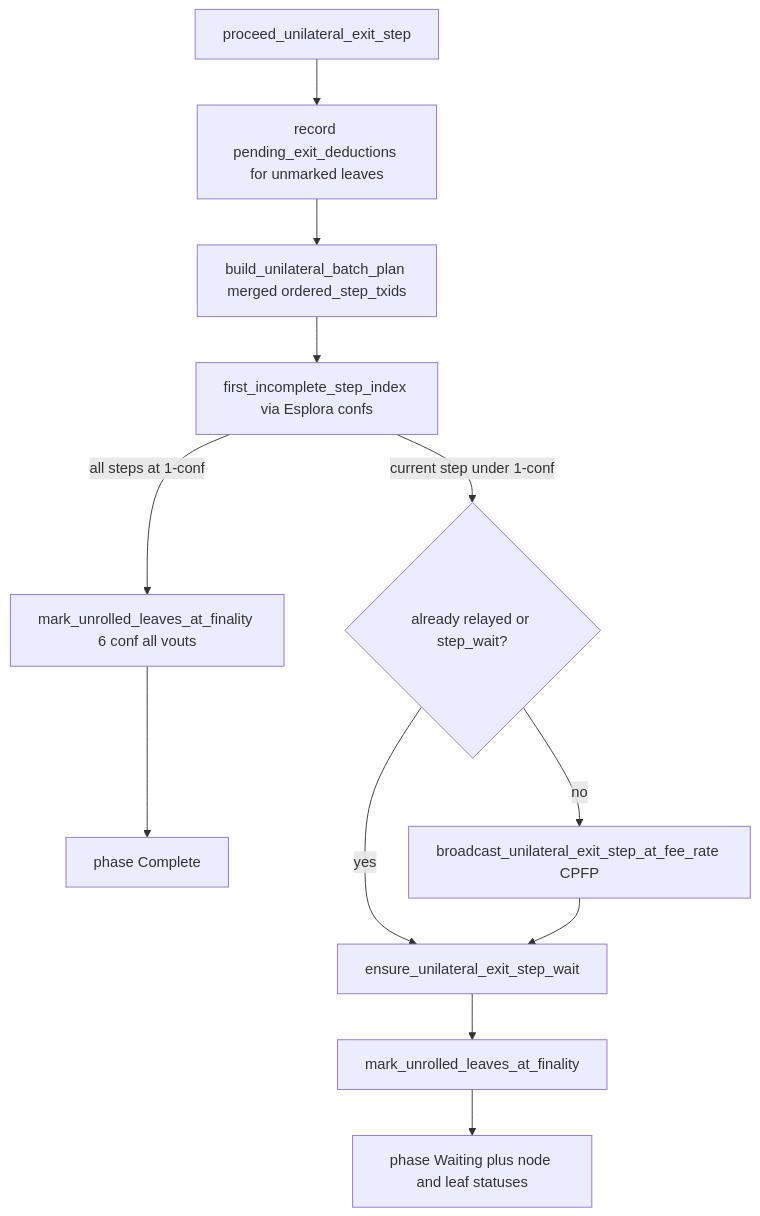
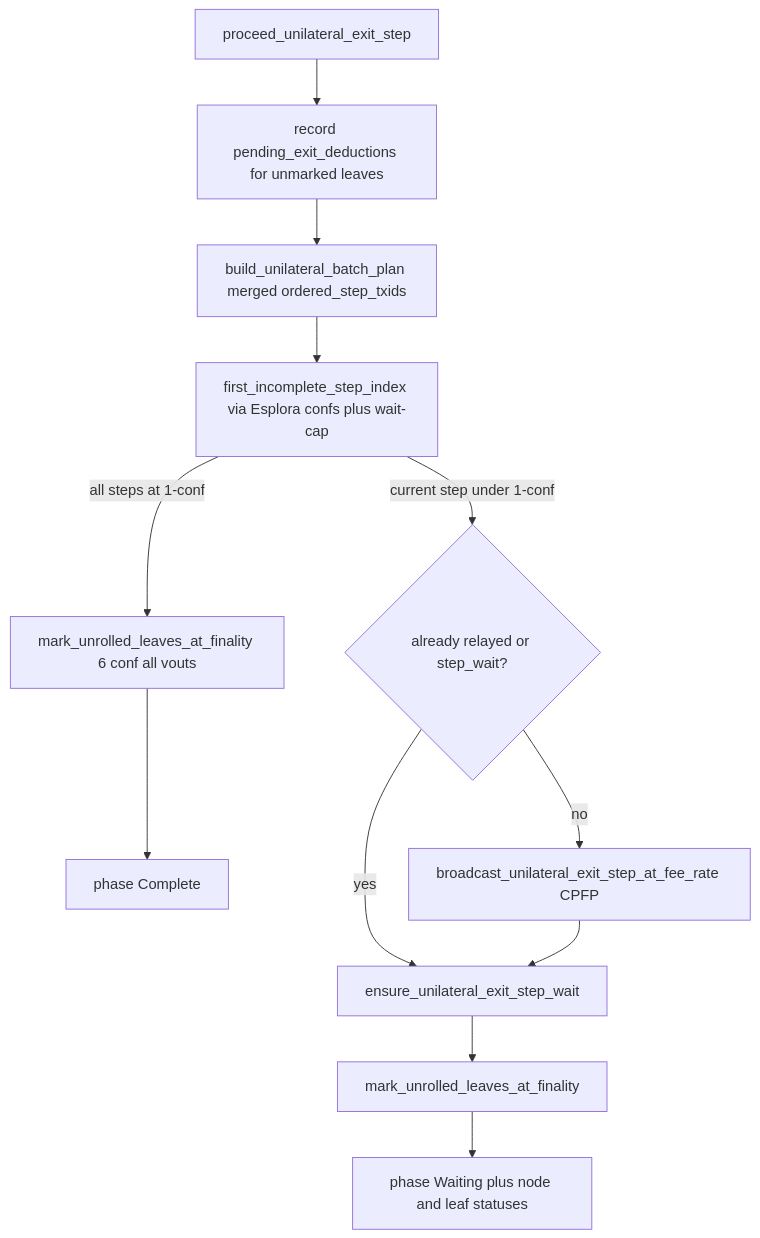
The second of 2 diagrams in docs/unilateral-exit.md (Radivis/bitboard-pwa-wallet), drawn with Mermaid before and after one commit. The commit also changed other lines of this file and 1 other file, not shown here.

````diff
--- a/docs/unilateral-exit.md
+++ b/docs/unilateral-exit.md
@@ -206,15 +206,15 @@
 ```mermaid
 flowchart TD
   start[proceed_unilateral_exit_step]
   start --> pending[record pending_exit_deductions for unmarked leaves]
   pending --> plan[build_unilateral_batch_plan merged ordered_step_txids]
-  plan --> idx[first_incomplete_step_index via Esplora confs]
+  plan --> idx[first_incomplete_step_index via Esplora confs plus wait-cap]
   idx -->|"all steps at 1-conf"| markLeaf[mark_unrolled_leaves_at_finality 6 conf all vouts]
   markLeaf --> done[phase Complete]
   idx -->|"current step under 1-conf"| relay{already relayed or step_wait?}
   relay -->|no| bump[broadcast_unilateral_exit_step_at_fee_rate CPFP]
   relay -->|yes| waitRec[ensure_unilateral_exit_step_wait]
   bump --> waitRec
   waitRec --> markLeaf2[mark_unrolled_leaves_at_finality]
   markLeaf2 --> waiting[phase Waiting plus node and leaf statuses]
 ```
````
